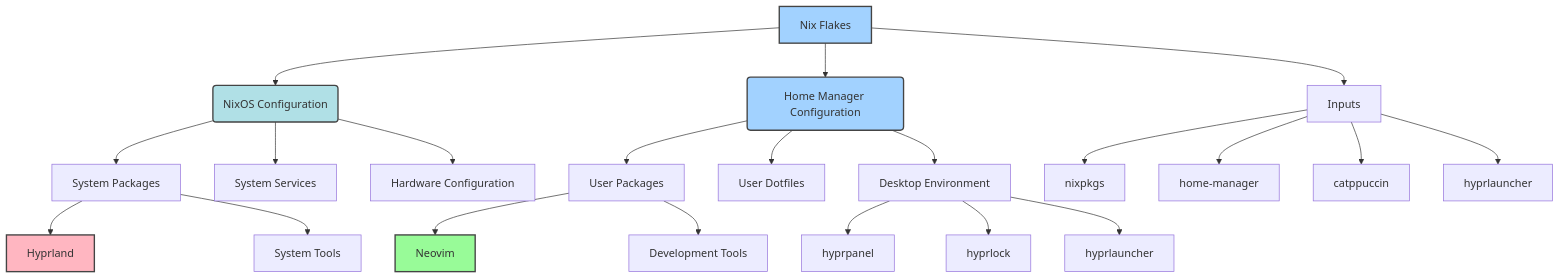
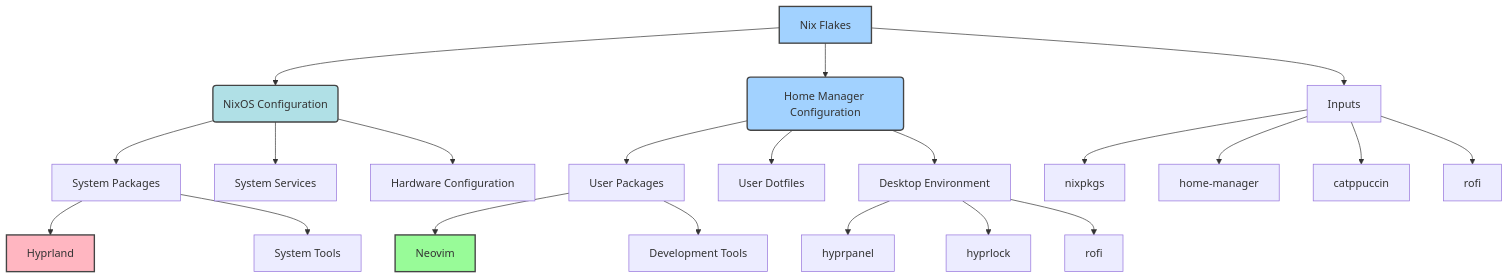
The diagram in README.md (pix3l-p33p3r/dotfiles), drawn with Mermaid before and after one commit. The commit also changed other lines of this file, not shown here.

First line of the commit message:
Update README to reflect Rofi launcher and comprehensive Catppuccin integration

````diff
--- a/README.md
+++ b/README.md
@@ -249,35 +258,35 @@
 ```mermaid
 graph TD
     A[Nix Flakes] --> B(NixOS Configuration)
     A --> C(Home Manager Configuration)
 
     B --> B1[System Packages]
     B --> B2[System Services]
     B --> B3[Hardware Configuration]
     
     C --> C1[User Packages]
     C --> C2[User Dotfiles]
     C --> C3[Desktop Environment]
 
     A --> D[Inputs]
     D --> D1[nixpkgs]
     D --> D2[home-manager]
     D --> D3[catppuccin]
-    D --> D4[hyprlauncher]
+    D --> D4[rofi]
 
     B1 --> E[Hyprland]
     B1 --> F[System Tools]
     
     C1 --> G[Neovim]
     C1 --> H[Development Tools]
     
     C3 --> I[hyprpanel]
     C3 --> J[hyprlock]
-    C3 --> K[hyprlauncher]
+    C3 --> K[rofi]
 
     style A fill:#A2D2FF,stroke:#444444,stroke-width:2px
     style B fill:#B0E0E6,stroke:#444444,stroke-width:2px
     style C fill:#A2D2FF,stroke:#444444,stroke-width:2px
     style E fill:#FFB6C1,stroke:#444444,stroke-width:2px
     style G fill:#98FB98,stroke:#444444,stroke-width:2px
 ```
````
